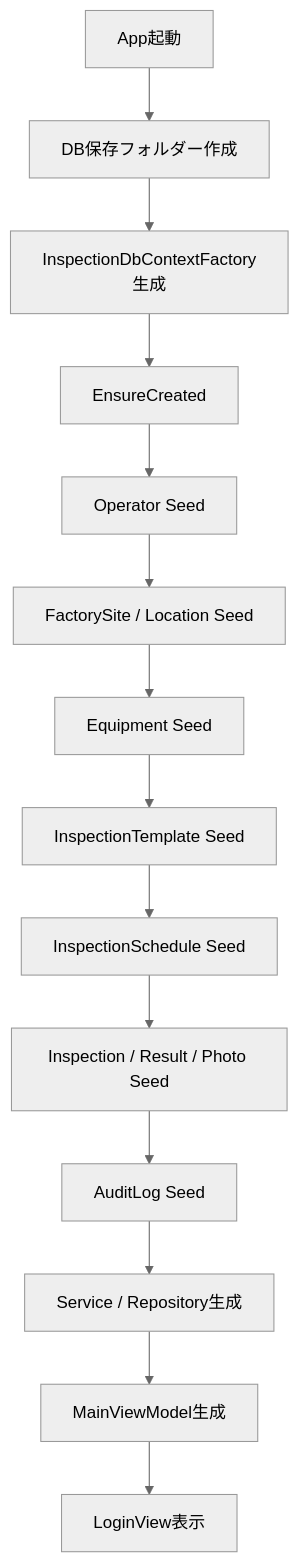
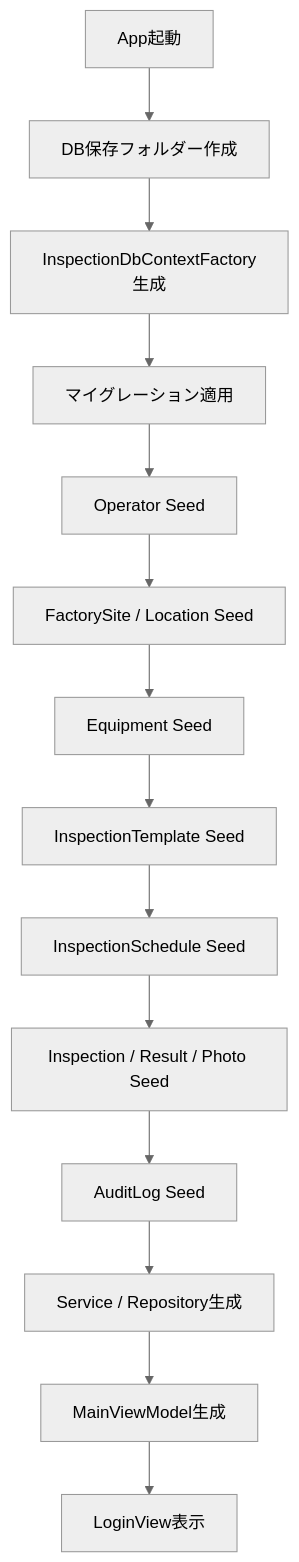
One commit to fewioaghwrao/facility-inspection-app changed the second of 10 diagrams in docs/FacilityInspection_基本設計書.md. Above: the diagram before and after it, drawn with Mermaid (neutral theme). The commit also changed other lines of this file and 17 other files, not shown here.

````diff
--- a/docs/FacilityInspection_基本設計書.md
+++ b/docs/FacilityInspection_基本設計書.md
@@ -134,16 +136,16 @@
 ```mermaid
 flowchart TD
     A[App起動] --> B[DB保存フォルダー作成]
     B --> C[InspectionDbContextFactory生成]
-    C --> D[EnsureCreated]
+    C --> D[マイグレーション適用]
     D --> E[Operator Seed]
     E --> F[FactorySite / Location Seed]
     F --> G[Equipment Seed]
     G --> H[InspectionTemplate Seed]
     H --> I[InspectionSchedule Seed]
     I --> J[Inspection / Result / Photo Seed]
     J --> K[AuditLog Seed]
     K --> L[Service / Repository生成]
     L --> M[MainViewModel生成]
     M --> N[LoginView表示]
 ```
````
